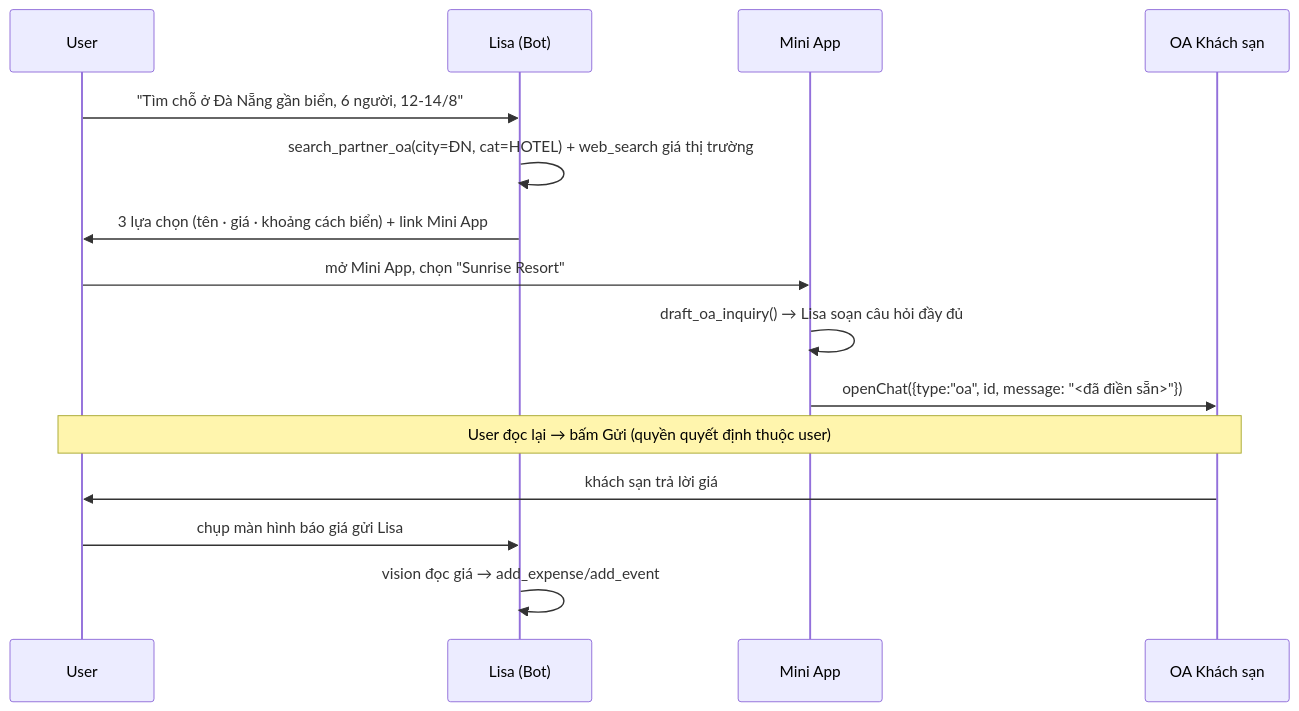
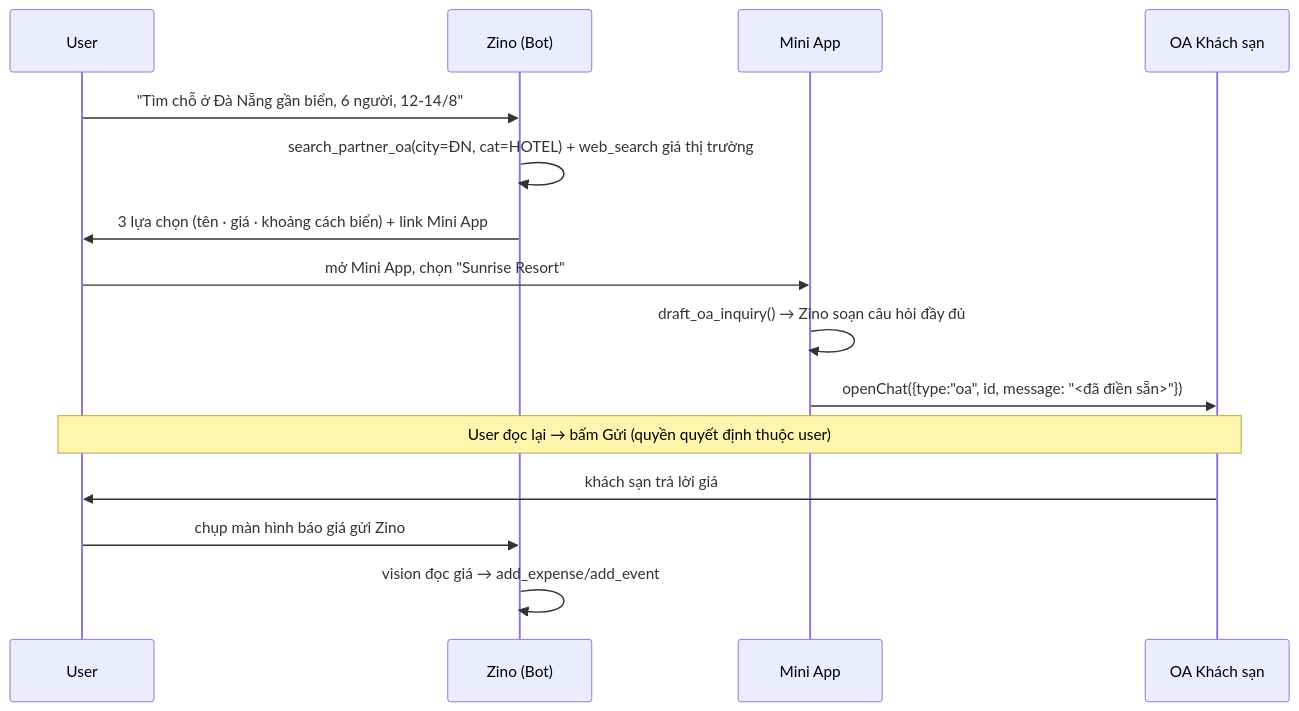
One commit to maitrungdong/lisa-travel-agent.qq.za.hackathon.2026 changed the second of 2 diagrams in docs/ARCHITECTURE.md. Above: the diagram before and after it, drawn with Mermaid. The commit also changed other lines of this file and 61 other files, not shown here.

Commit message:
rebrand: lisa -> zino, bot token moi

````diff
--- a/docs/ARCHITECTURE.md
+++ b/docs/ARCHITECTURE.md
@@ -295,18 +295,18 @@
 ```mermaid
 sequenceDiagram
     participant U as User
-    participant L as Lisa (Bot)
+    participant L as Zino (Bot)
     participant M as Mini App
     participant OA as OA Khách sạn
 
     U->>L: "Tìm chỗ ở Đà Nẵng gần biển, 6 người, 12-14/8"
     L->>L: search_partner_oa(city=ĐN, cat=HOTEL) + web_search giá thị trường
     L->>U: 3 lựa chọn (tên · giá · khoảng cách biển) + link Mini App
     U->>M: mở Mini App, chọn "Sunrise Resort"
-    M->>M: draft_oa_inquiry() → Lisa soạn câu hỏi đầy đủ
+    M->>M: draft_oa_inquiry() → Zino soạn câu hỏi đầy đủ
     M->>OA: openChat({type:"oa", id, message: "<đã điền sẵn>"})
     Note over U,OA: User đọc lại → bấm Gửi (quyền quyết định thuộc user)
     OA->>U: khách sạn trả lời giá
-    U->>L: chụp màn hình báo giá gửi Lisa
+    U->>L: chụp màn hình báo giá gửi Zino
     L->>L: vision đọc giá → add_expense/add_event
 ```
````
